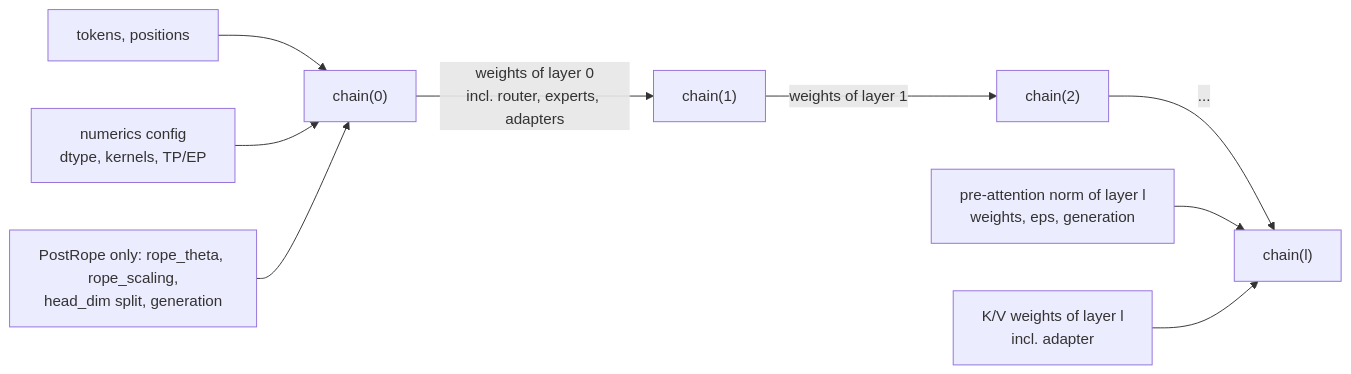
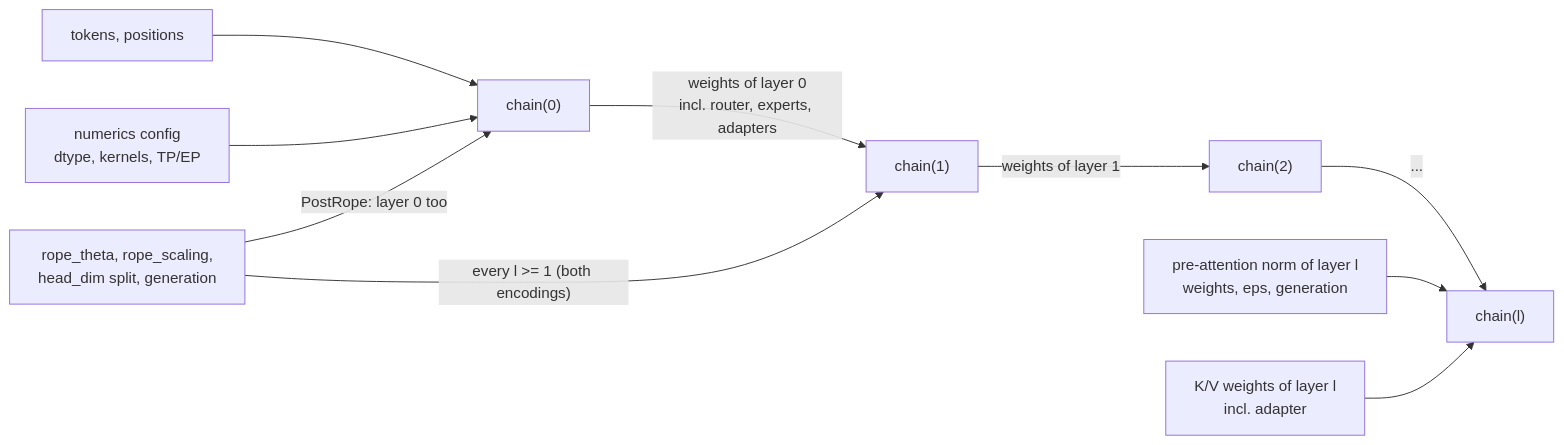
One commit to xrey167/PTR changed the second of 2 diagrams in docs/architecture/36-kv-reuse.md. Above: the diagram before and after it, drawn with Mermaid. The commit also changed other lines of this file and 2 other files, not shown here.

````diff
--- a/docs/architecture/36-kv-reuse.md
+++ b/docs/architecture/36-kv-reuse.md
@@ -335,11 +395,12 @@
 ```mermaid
 flowchart LR
     T["tokens, positions"] --> K0["chain(0)"]
     K0 -->|"weights of layer 0\nincl. router, experts, adapters"| K1["chain(1)"]
     K1 -->|"weights of layer 1"| K2["chain(2)"]
     K2 -->|"..."| KL["chain(l)"]
     N["numerics config\ndtype, kernels, TP/EP"] --> K0
     PN["pre-attention norm of layer l\nweights, eps, generation"] --> KL
-    RP["PostRope only: rope_theta, rope_scaling,\nhead_dim split, generation"] --> K0
+    RP["rope_theta, rope_scaling,\nhead_dim split, generation"] -->|"PostRope: layer 0 too"| K0
+    RP -->|"every l >= 1 (both encodings)"| K1
     KV["K/V weights of layer l\nincl. adapter"] --> KL
 ```
````
